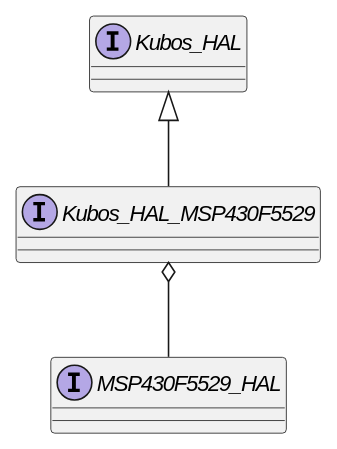
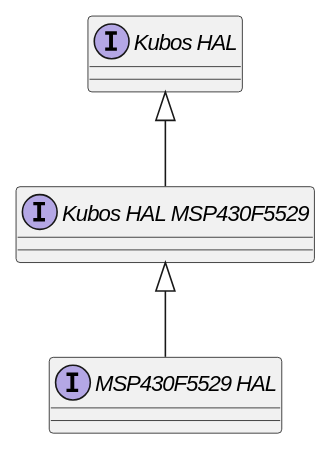
The diagram in docs/kubos-hal/kubos-hal-msp430f5529/index.rst (kubos/kubos), drawn with PlantUML before and after one commit. The commit also changed other lines of this file and 1 other file, not shown here.

Commit message:
More tweaking msp430 docs.

```diff
--- a/docs/kubos-hal/kubos-hal-msp430f5529/index.rst
+++ b/docs/kubos-hal/kubos-hal-msp430f5529/index.rst
@@ -7,10 +9,10 @@
 .. uml::
 
    @startuml
-   interface Kubos_HAL
-   interface Kubos_HAL_MSP430F5529
-   interface MSP430F5529_HAL
-   
-   Kubos_HAL <|-- Kubos_HAL_MSP430F5529
-   Kubos_HAL_MSP430F5529 o-- MSP430F5529_HAL
+   interface "Kubos HAL" as kubos
+   interface "Kubos HAL MSP430F5529" as hal_msp
+   interface "MSP430F5529 HAL" as msp
+
+   kubos <|-- hal_msp
+   hal_msp <|-- msp
    @enduml
```
